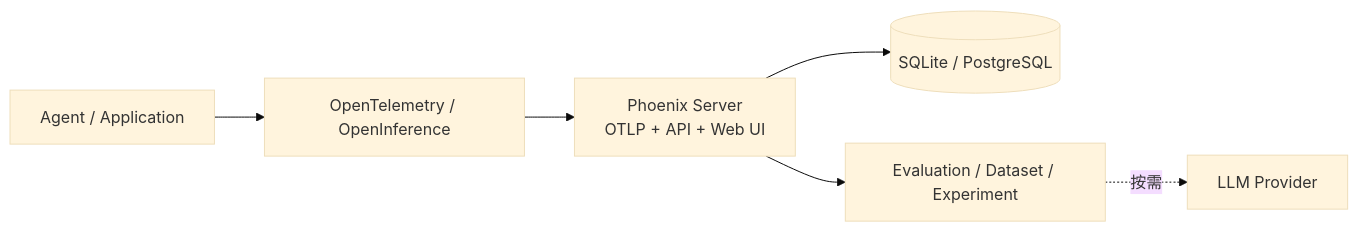
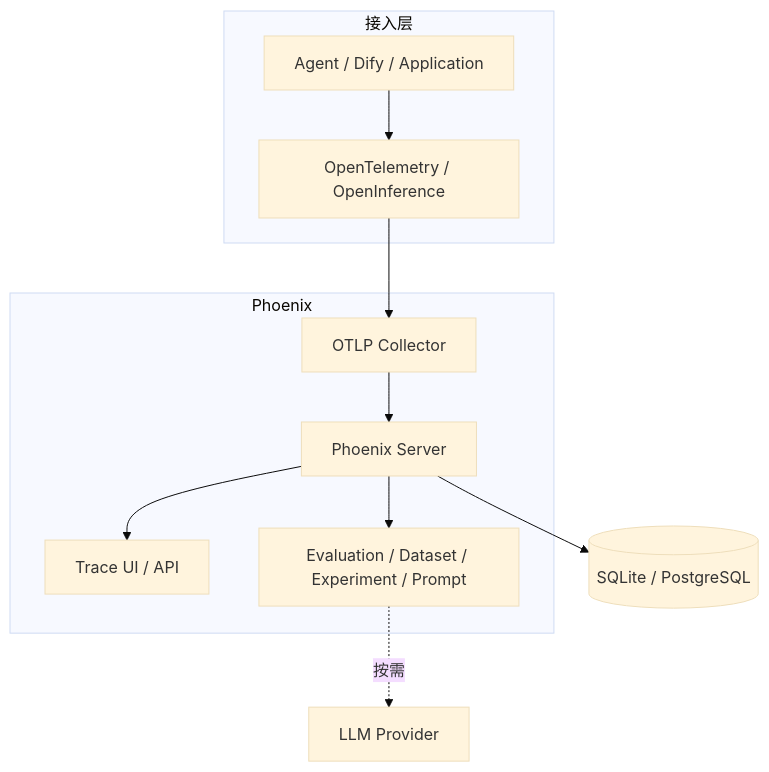
One commit to sgfd-ui/internship changed the third of 16 diagrams in weekly-report/phoenix-langfuse-research.md. Above: the diagram before and after it, drawn with Mermaid (base theme). The commit also changed other lines of this file, not shown here.

Commit message:
docs: improve usage and architecture diagrams

````diff
--- a/weekly-report/phoenix-langfuse-research.md
+++ b/weekly-report/phoenix-langfuse-research.md
@@ -69,10 +118,26 @@
 ```mermaid
-flowchart LR
-    A[Agent / Application]
-    --> I[OpenTelemetry / OpenInference]
-    --> P[Phoenix Server\nOTLP + API + Web UI]
+flowchart TB
+    subgraph A[接入层]
+        APP[Agent / Dify / Application]
+        OT[OpenTelemetry / OpenInference]
+        APP --> OT
+    end
 
-    P --> DB[(SQLite / PostgreSQL)]
-    P --> E[Evaluation / Dataset / Experiment]
-    E -.按需.-> M[LLM Provider]
+    subgraph P[Phoenix]
+        C[OTLP Collector]
+        S[Phoenix Server]
+        UI[Trace UI / API]
+        E[Evaluation / Dataset / Experiment / Prompt]
+
+        C --> S
+        S --> UI
+        S --> E
+    end
+
+    DB[(SQLite / PostgreSQL)]
+    M[LLM Provider]
+
+    OT --> C
+    S --> DB
+    E -.按需.-> M
 ```
````
